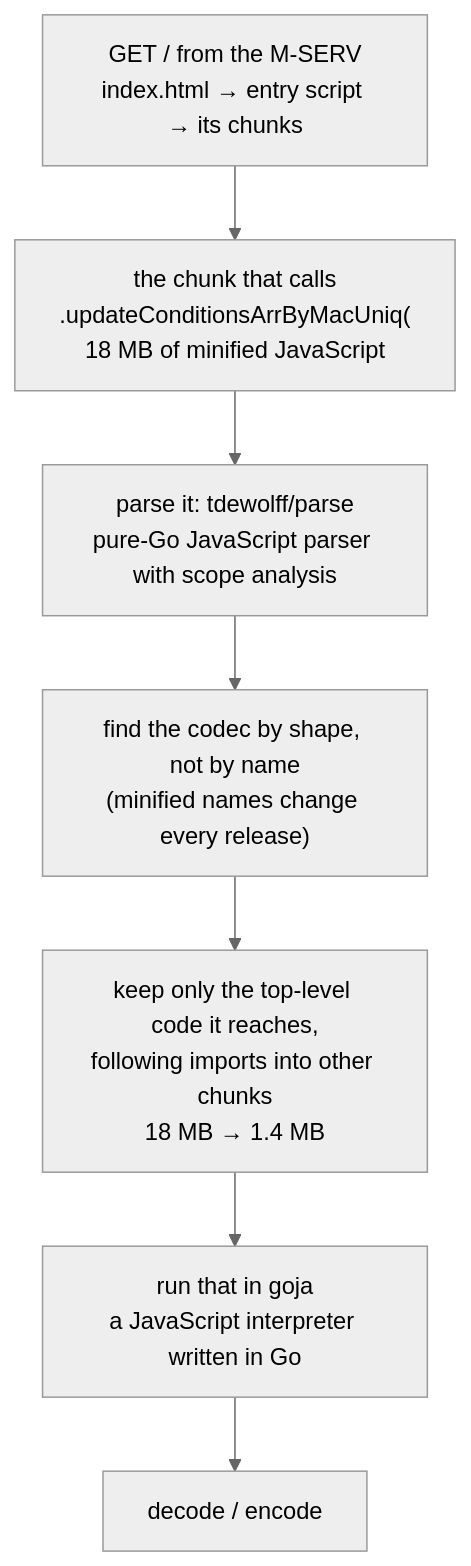
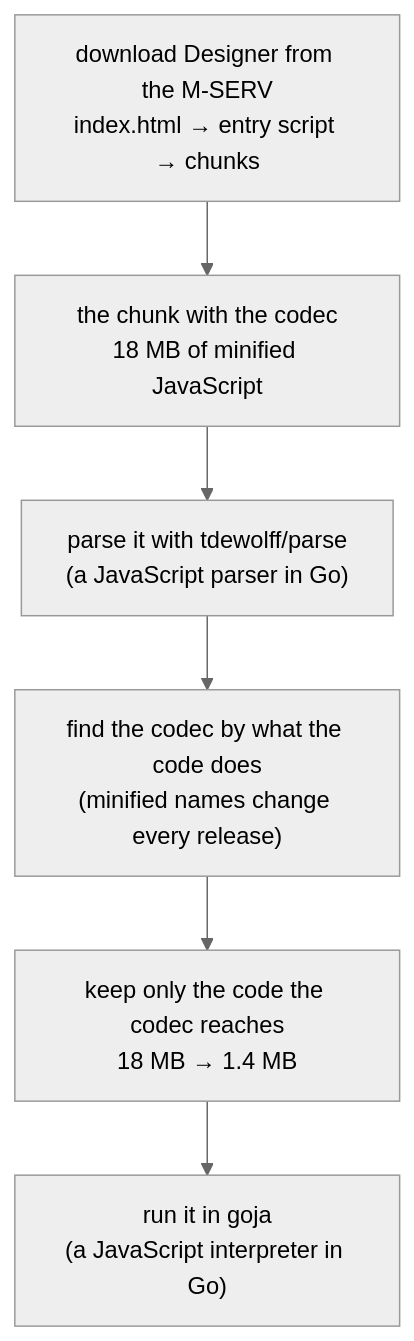
The third of 3 diagrams in README.md (daisied/ampiocli), drawn with Mermaid (neutral theme) before and after one commit. The commit also changed other lines of this file and 1 other file, not shown here.

Commit message:
README: shorter, the top explains the tool; protocol table matches the _nc saves; Recuperator replay result

````diff
--- a/README.md
+++ b/README.md
@@ -119,9 +100,8 @@
 ```mermaid
 flowchart TD
-  a["GET / from the M-SERV<br/>index.html → entry script → its chunks"] --> b["the chunk that calls<br/>.updateConditionsArrByMacUniq(<br/>18 MB of minified JavaScript"]
-  b --> c["parse it: tdewolff/parse<br/>pure-Go JavaScript parser with scope analysis"]
-  c --> d["find the codec by shape, not by name<br/>(minified names change every release)"]
-  d --> e["keep only the top-level code it reaches,<br/>following imports into other chunks<br/>18 MB → 1.4 MB"]
-  e --> f["run that in goja<br/>a JavaScript interpreter written in Go"]
-  f --> g["decode / encode"]
+  a["download Designer from the M-SERV<br/>index.html → entry script → chunks"] --> b["the chunk with the codec<br/>18 MB of minified JavaScript"]
+  b --> c["parse it with tdewolff/parse<br/>(a JavaScript parser in Go)"]
+  c --> d["find the codec by what the code does<br/>(minified names change every release)"]
+  d --> e["keep only the code the codec reaches<br/>18 MB → 1.4 MB"]
+  e --> f["run it in goja<br/>(a JavaScript interpreter in Go)"]
 ```
````
